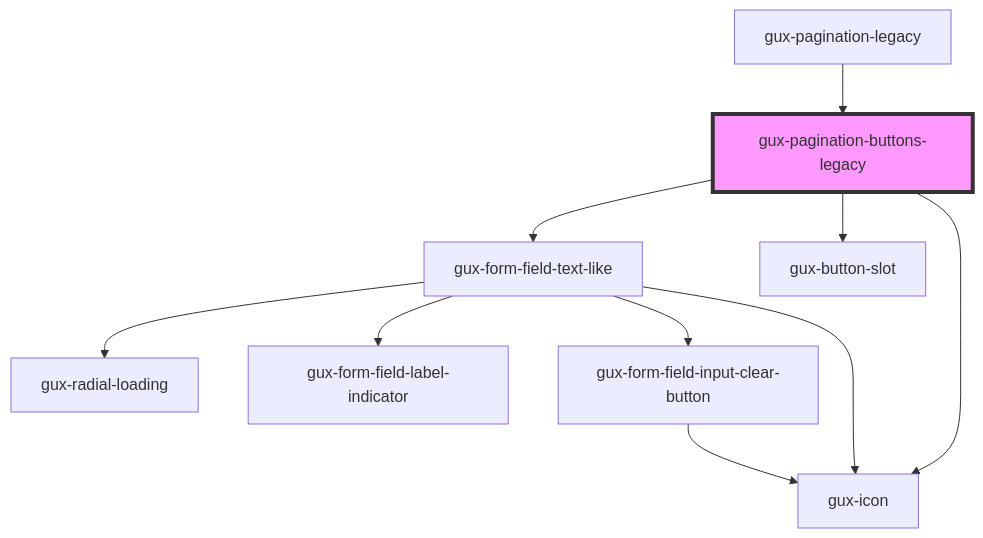
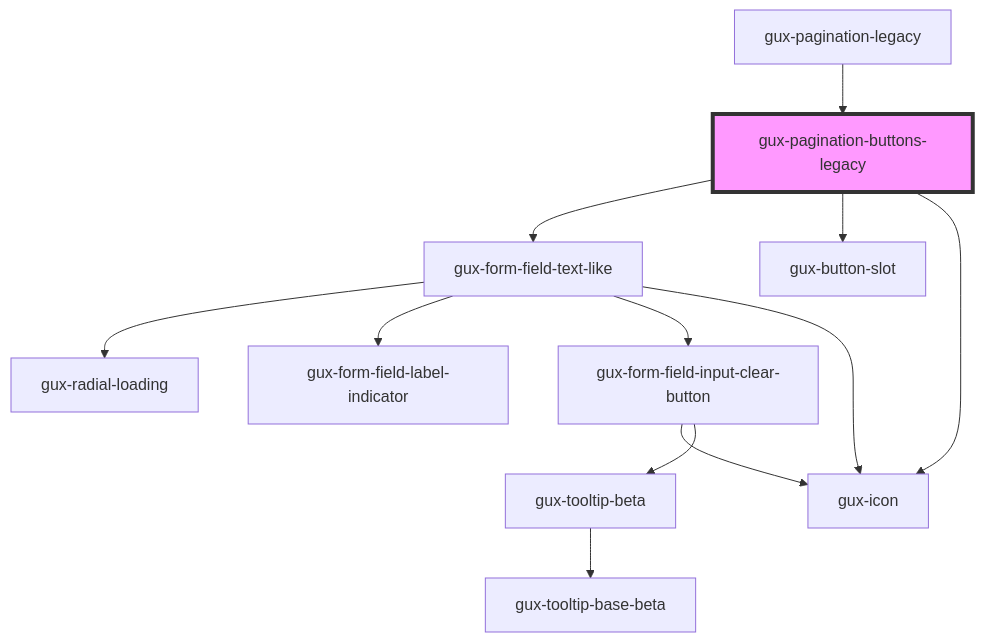
Before and after one commit to MyPureCloud/genesys-spark: the diagram in packages/genesys-spark-components/src/components/legacy/gux-pagination-legacy/gux-pagination-buttons-legacy/readme.md, drawn with Mermaid. The commit also changed 11 other files, not shown here.

````diff
--- a/packages/genesys-spark-components/src/components/legacy/gux-pagination-legacy/gux-pagination-buttons-legacy/readme.md
+++ b/packages/genesys-spark-components/src/components/legacy/gux-pagination-legacy/gux-pagination-buttons-legacy/readme.md
@@ -38,13 +38,15 @@
 ```mermaid
 graph TD;
   gux-pagination-buttons-legacy --> gux-form-field-text-like
   gux-pagination-buttons-legacy --> gux-button-slot
   gux-pagination-buttons-legacy --> gux-icon
   gux-form-field-text-like --> gux-radial-loading
   gux-form-field-text-like --> gux-form-field-label-indicator
   gux-form-field-text-like --> gux-form-field-input-clear-button
   gux-form-field-text-like --> gux-icon
   gux-form-field-input-clear-button --> gux-icon
+  gux-form-field-input-clear-button --> gux-tooltip-beta
+  gux-tooltip-beta --> gux-tooltip-base-beta
   gux-pagination-legacy --> gux-pagination-buttons-legacy
   style gux-pagination-buttons-legacy fill:#f9f,stroke:#333,stroke-width:4px
 ```
````
